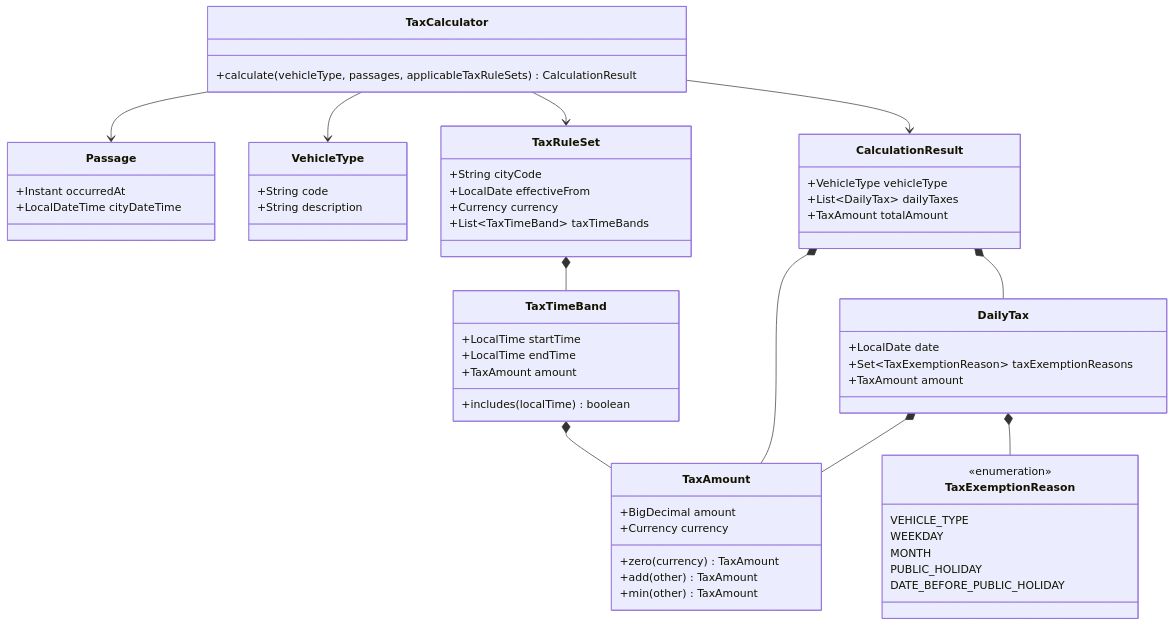
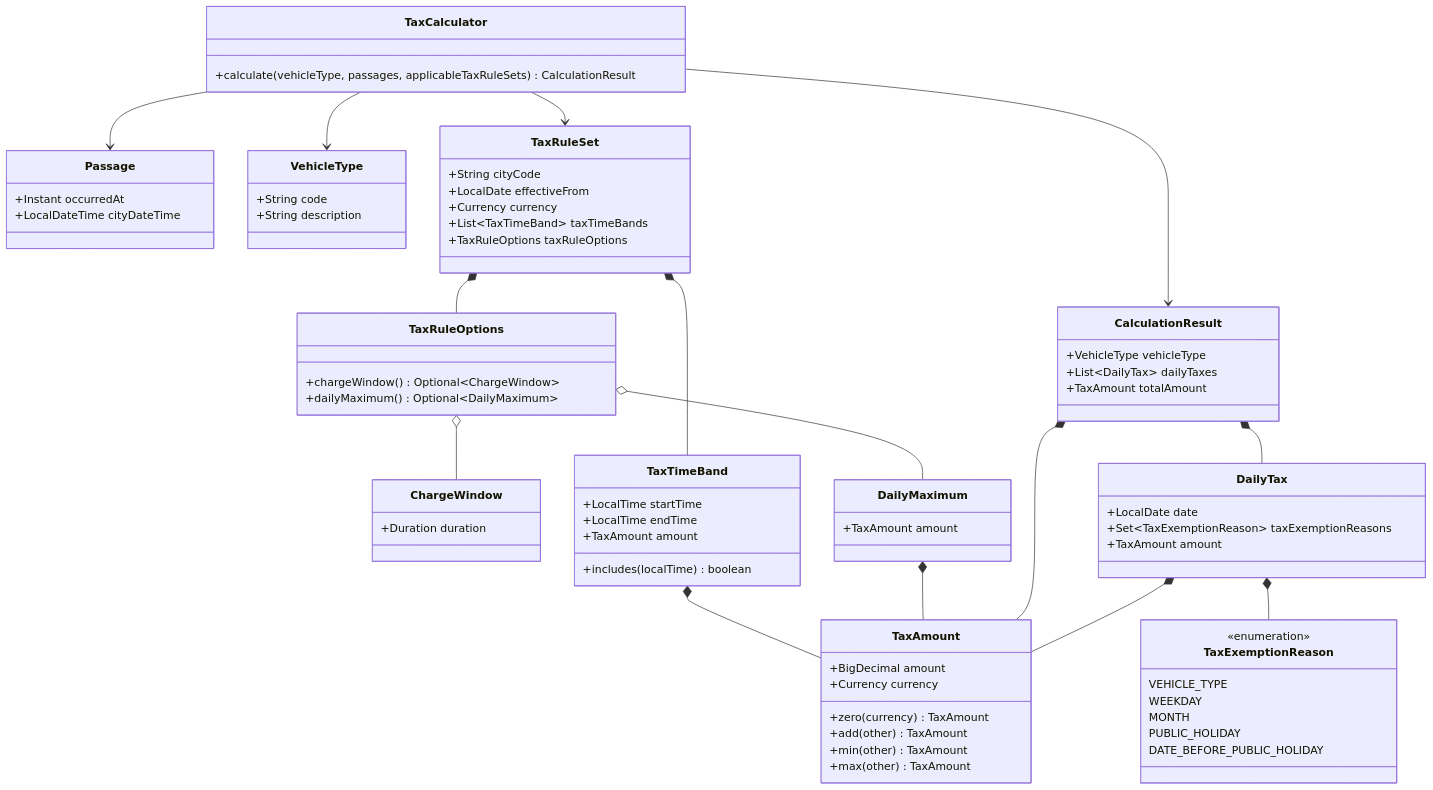
One commit to igrgin/congestion-tax-calculator changed the diagram in docs/design/calculation.md. Above: the diagram before and after it, drawn with Mermaid. The commit also changed other lines of this file and 44 other files, not shown here.

First line of the commit message:
Calculate Charge Windows and apply the Daily Maximum (#14)

```diff
--- a/docs/design/calculation.md
+++ b/docs/design/calculation.md
@@ -103,6 +109,20 @@
         +LocalDate effectiveFrom
         +Currency currency
         +List~TaxTimeBand~ taxTimeBands
+        +TaxRuleOptions taxRuleOptions
+    }
+
+    class TaxRuleOptions {
+        +chargeWindow() Optional~ChargeWindow~
+        +dailyMaximum() Optional~DailyMaximum~
+    }
+
+    class ChargeWindow {
+        +Duration duration
+    }
+
+    class DailyMaximum {
+        +TaxAmount amount
     }
 
     class TaxTimeBand {
@@ -118,6 +138,7 @@
         +zero(currency) TaxAmount
         +add(other) TaxAmount
         +min(other) TaxAmount
+        +max(other) TaxAmount
     }
 
     class TaxExemptionReason {
@@ -146,7 +167,11 @@
     TaxCalculator --> TaxRuleSet
     TaxCalculator --> CalculationResult
     TaxRuleSet *-- TaxTimeBand
+    TaxRuleSet *-- TaxRuleOptions
+    TaxRuleOptions o-- ChargeWindow
+    TaxRuleOptions o-- DailyMaximum
     TaxTimeBand *-- TaxAmount
+    DailyMaximum *-- TaxAmount
     CalculationResult *-- DailyTax
     CalculationResult *-- TaxAmount
     DailyTax *-- TaxExemptionReason
```
